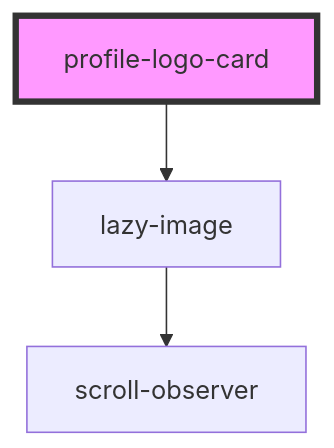
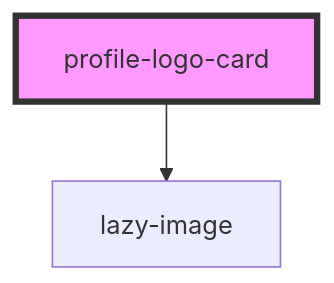
The diagram in src/components/cards/profile-logo-card/readme.md (dev-kylo/component_library), drawn with Mermaid before and after one commit. The commit also changed 30 other files, not shown here.

````diff
--- a/src/components/cards/profile-logo-card/readme.md
+++ b/src/components/cards/profile-logo-card/readme.md
@@ -27,6 +27,5 @@
 ```mermaid
 graph TD;
   profile-logo-card --> lazy-image
-  lazy-image --> scroll-observer
   style profile-logo-card fill:#f9f,stroke:#333,stroke-width:4px
 ```
````
